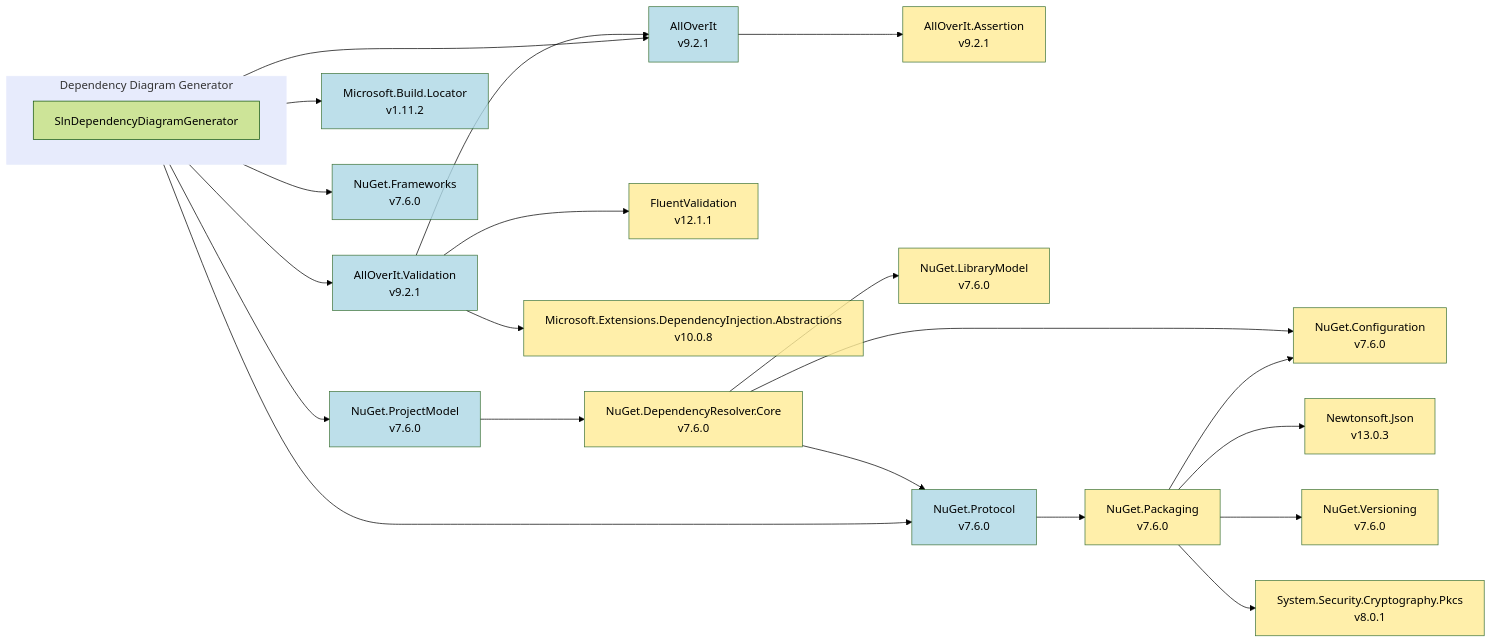
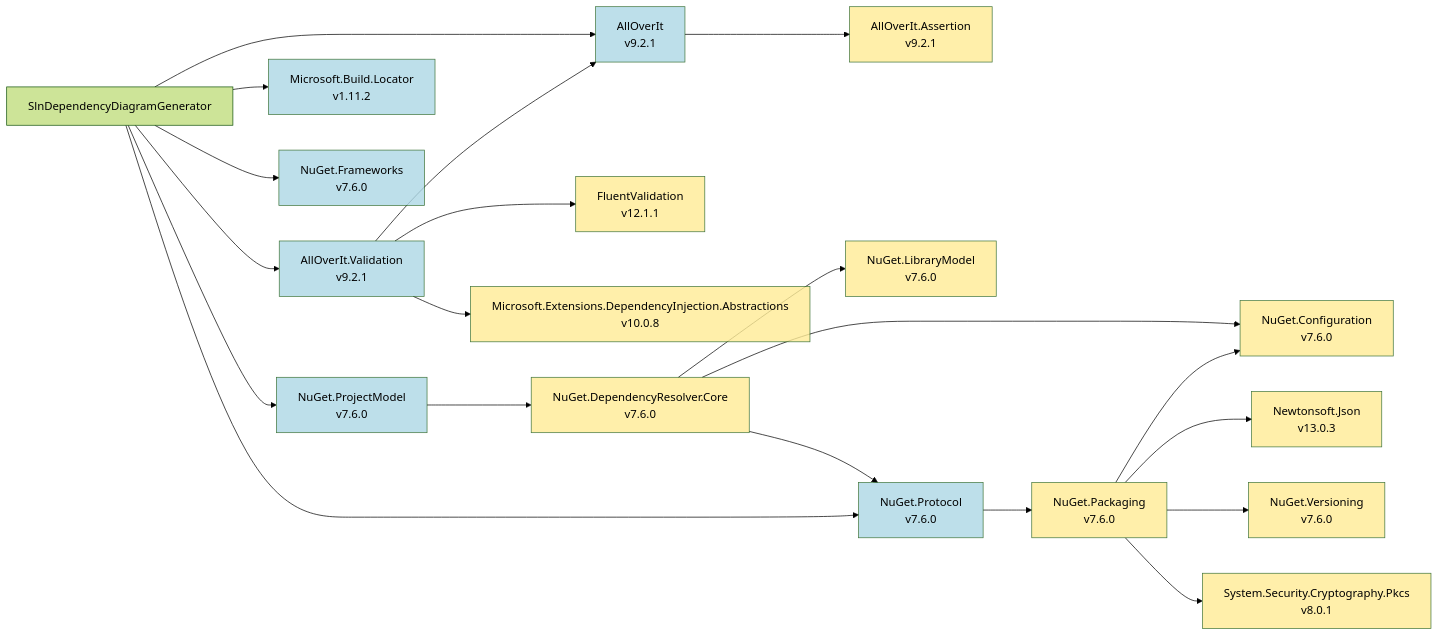
One commit to mjfreelancing/SlnDependencyDiagramGenerator changed the diagram in Samples/Output/net8.0/mmd/slndependencydiagramgenerator.mmd. Above: the diagram before and after it, drawn with Mermaid (forest theme). The commit also changed 71 other files, not shown here.

Commit message:
Add support in sample app for config file overrides using env variable - allows per diagram config overrides

```diff
--- a/Samples/Output/net8.0/mmd/slndependencydiagramgenerator.mmd
+++ b/Samples/Output/net8.0/mmd/slndependencydiagramgenerator.mmd
@@ -1,57 +1,53 @@
 flowchart LR
-  subgraph ddg["Dependency Diagram Generator"]
-    direction LR
-    ddg_slndependencydiagramgenerator["SlnDependencyDiagramGenerator"]
-  end
+  slndependencydiagramgenerator["SlnDependencyDiagramGenerator"]
   alloverit_9-2-1["AllOverIt<br>v9.2.1"]
   alloverit-assertion_9-2-1["AllOverIt.Assertion<br>v9.2.1"]
   alloverit-validation_9-2-1["AllOverIt.Validation<br>v9.2.1"]
   fluentvalidation_12-1-1["FluentValidation<br>v12.1.1"]
   microsoft-extensions-dependencyinjection-abstractions_10-0-8["Microsoft.Extensions.DependencyInjection.Abstractions<br>v10.0.8"]
   microsoft-build-locator_1-11-2["Microsoft.Build.Locator<br>v1.11.2"]
   nuget-frameworks_7-6-0["NuGet.Frameworks<br>v7.6.0"]
   nuget-projectmodel_7-6-0["NuGet.ProjectModel<br>v7.6.0"]
   nuget-dependencyresolver-core_7-6-0["NuGet.DependencyResolver.Core<br>v7.6.0"]
   nuget-configuration_7-6-0["NuGet.Configuration<br>v7.6.0"]
   nuget-librarymodel_7-6-0["NuGet.LibraryModel<br>v7.6.0"]
   nuget-protocol_7-6-0["NuGet.Protocol<br>v7.6.0"]
   nuget-packaging_7-6-0["NuGet.Packaging<br>v7.6.0"]
   newtonsoft-json_13-0-3["Newtonsoft.Json<br>v13.0.3"]
   nuget-versioning_7-6-0["NuGet.Versioning<br>v7.6.0"]
   system-security-cryptography-pkcs_8-0-1["System.Security.Cryptography.Pkcs<br>v8.0.1"]
-  ddg_slndependencydiagramgenerator --> alloverit_9-2-1
+  slndependencydiagramgenerator --> alloverit_9-2-1
   alloverit_9-2-1 --> alloverit-assertion_9-2-1
-  ddg_slndependencydiagramgenerator --> alloverit-validation_9-2-1
+  slndependencydiagramgenerator --> alloverit-validation_9-2-1
   alloverit-validation_9-2-1 --> alloverit_9-2-1
   alloverit-validation_9-2-1 --> fluentvalidation_12-1-1
   alloverit-validation_9-2-1 --> microsoft-extensions-dependencyinjection-abstractions_10-0-8
-  ddg_slndependencydiagramgenerator --> microsoft-build-locator_1-11-2
-  ddg_slndependencydiagramgenerator --> nuget-frameworks_7-6-0
-  ddg_slndependencydiagramgenerator --> nuget-projectmodel_7-6-0
+  slndependencydiagramgenerator --> microsoft-build-locator_1-11-2
+  slndependencydiagramgenerator --> nuget-frameworks_7-6-0
+  slndependencydiagramgenerator --> nuget-projectmodel_7-6-0
   nuget-projectmodel_7-6-0 --> nuget-dependencyresolver-core_7-6-0
   nuget-dependencyresolver-core_7-6-0 --> nuget-configuration_7-6-0
   nuget-dependencyresolver-core_7-6-0 --> nuget-librarymodel_7-6-0
   nuget-dependencyresolver-core_7-6-0 --> nuget-protocol_7-6-0
-  ddg_slndependencydiagramgenerator --> nuget-protocol_7-6-0
+  slndependencydiagramgenerator --> nuget-protocol_7-6-0
   nuget-protocol_7-6-0 --> nuget-packaging_7-6-0
   nuget-packaging_7-6-0 --> newtonsoft-json_13-0-3
   nuget-packaging_7-6-0 --> nuget-configuration_7-6-0
   nuget-packaging_7-6-0 --> nuget-versioning_7-6-0
   nuget-packaging_7-6-0 --> system-security-cryptography-pkcs_8-0-1
-  style ddg fill:#E7EBFC,stroke:#E7EBFC,stroke-width:1px,opacity:1
   style alloverit_9-2-1 fill:#ADD8E6,opacity:0.8
   style alloverit-assertion_9-2-1 fill:#FFEC96,opacity:0.8
   style alloverit-validation_9-2-1 fill:#ADD8E6,opacity:0.8
   style fluentvalidation_12-1-1 fill:#FFEC96,opacity:0.8
   style microsoft-extensions-dependencyinjection-abstractions_10-0-8 fill:#FFEC96,opacity:0.8
   style microsoft-build-locator_1-11-2 fill:#ADD8E6,opacity:0.8
   style nuget-frameworks_7-6-0 fill:#ADD8E6,opacity:0.8
   style nuget-projectmodel_7-6-0 fill:#ADD8E6,opacity:0.8
   style nuget-dependencyresolver-core_7-6-0 fill:#FFEC96,opacity:0.8
   style nuget-configuration_7-6-0 fill:#FFEC96,opacity:0.8
   style nuget-librarymodel_7-6-0 fill:#FFEC96,opacity:0.8
   style nuget-protocol_7-6-0 fill:#ADD8E6,opacity:0.8
   style nuget-packaging_7-6-0 fill:#FFEC96,opacity:0.8
   style newtonsoft-json_13-0-3 fill:#FFEC96,opacity:0.8
   style nuget-versioning_7-6-0 fill:#FFEC96,opacity:0.8
   style system-security-cryptography-pkcs_8-0-1 fill:#FFEC96,opacity:0.8
```
